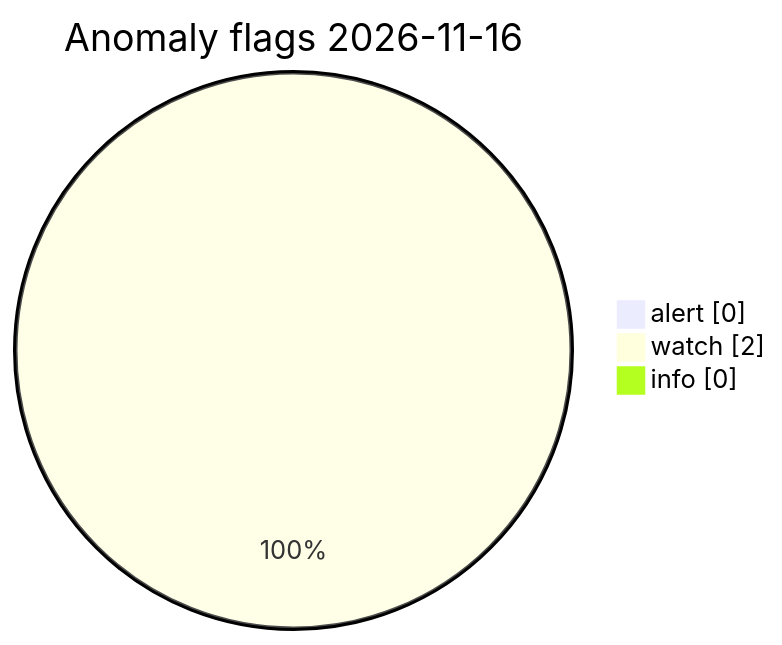
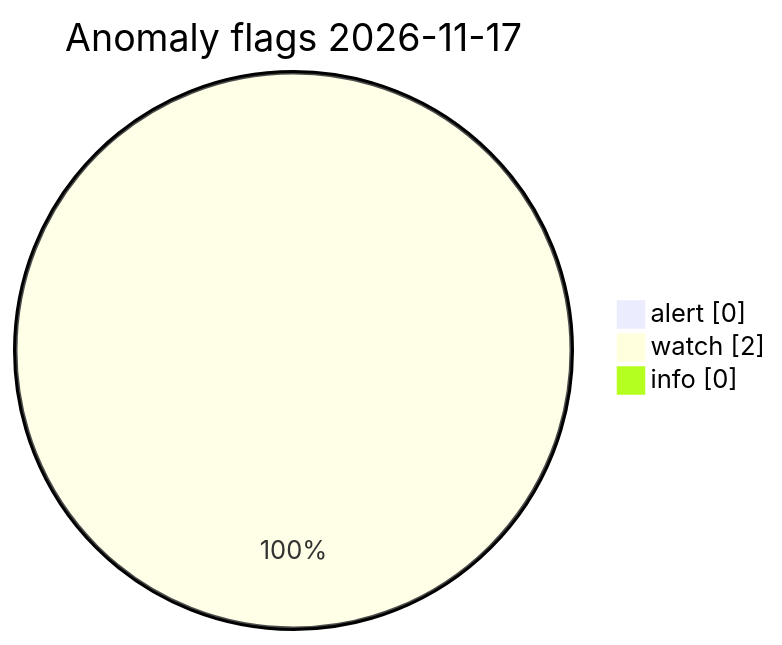
Before and after one commit to Midwest-Stratospheric/Unified-Open-Global-Weather: the diagram in visuals/latest/CHARTS.md, drawn with Mermaid. The commit also changed other lines of this file and 23 other files, not shown here.

Commit message:
data(visuals): automated charts 2026-11-17T14:06Z

````diff
--- a/visuals/latest/CHARTS.md
+++ b/visuals/latest/CHARTS.md
@@ -73,7 +73,7 @@
 ```mermaid
 pie showData
-  title Anomaly flags 2026-11-16
+  title Anomaly flags 2026-11-17
   "alert" : 0
   "watch" : 2
   "info" : 0
 ```
````
